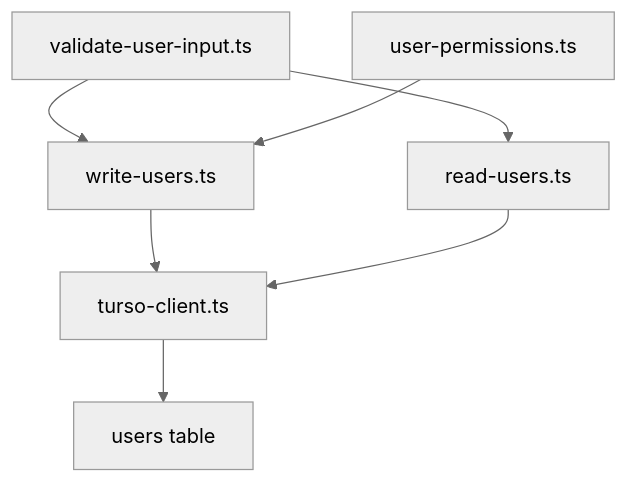
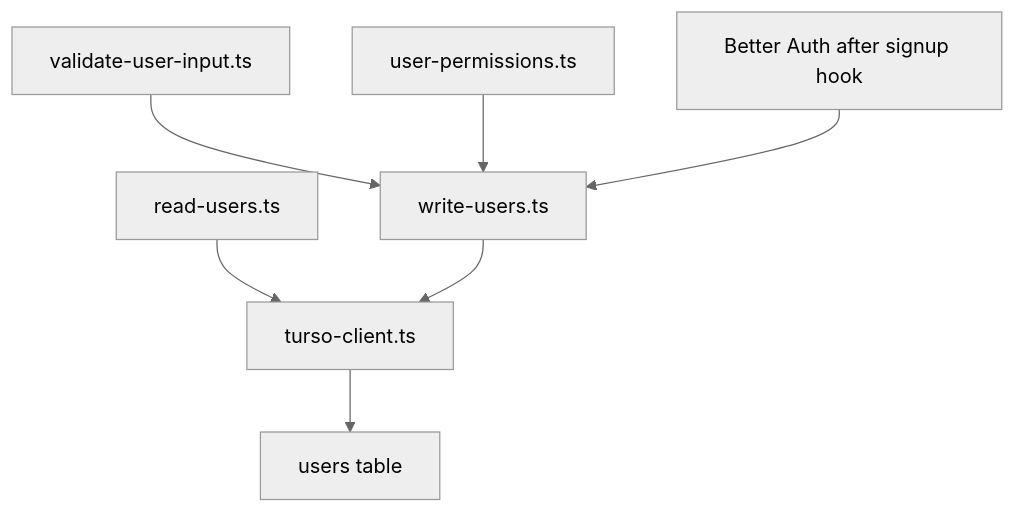
The sixth of 12 diagrams in PROJECT_LEARNING_FLOW.md (bucketb0t/Earth_In_Sound), drawn with Mermaid (neutral theme) before and after one commit. The commit also changed other lines of this file, not shown here.

````diff
--- a/PROJECT_LEARNING_FLOW.md
+++ b/PROJECT_LEARNING_FLOW.md
@@ -197,9 +1263,10 @@
 ```mermaid
 flowchart TD
-  Write["write-users.ts"] --> Turso["turso-client.ts"]
-  Read["read-users.ts"] --> Turso
-  Validation["validate-user-input.ts"] --> Write
-  Validation --> Read
+  Validation["validate-user-input.ts"] --> Write["write-users.ts"]
   Permissions["user-permissions.ts"] --> Write
-  Turso --> Users["users table"]
+  Read["read-users.ts"] --> Turso["turso-client.ts"]
+  Write --> Turso
+  Turso --> UsersTable["users table"]
+
+  AuthHook["Better Auth after signup hook"] --> Write
 ```
````
